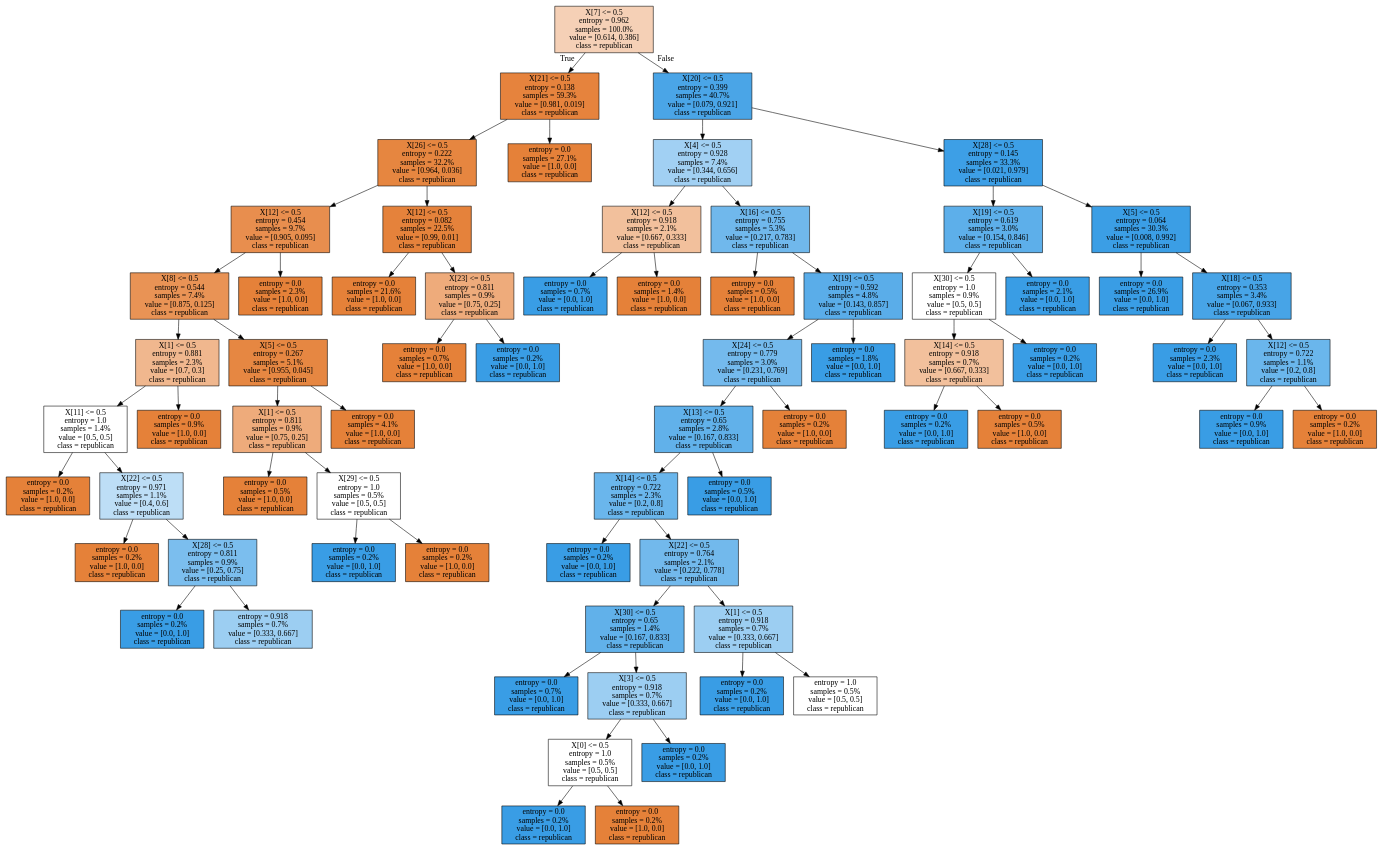
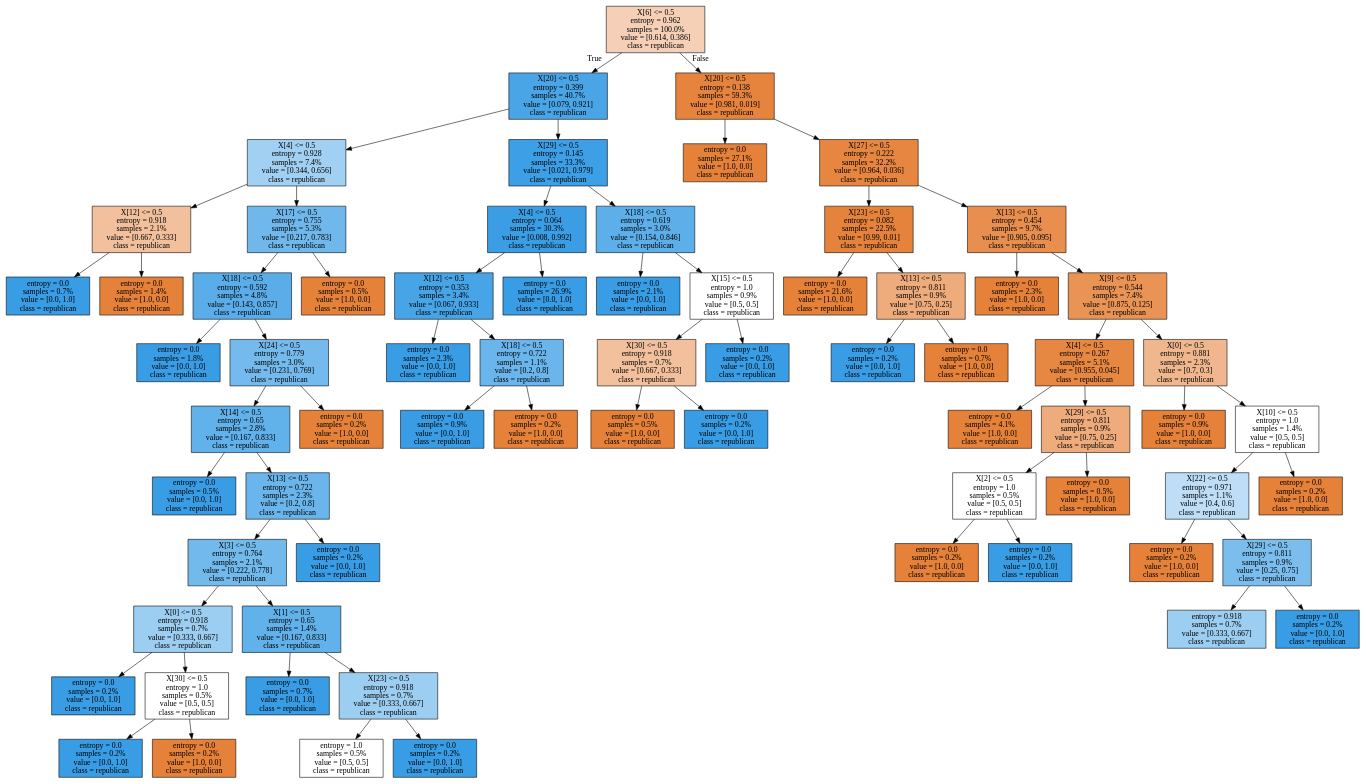
Before and after one commit to tranduckhoatcu/Data-Mining-Assignment: the diagram in Source.gv, drawn with Graphviz. The commit also changed 3 other files, not shown here.

```diff
--- a/Source.gv
+++ b/Source.gv
@@ -1,140 +1,140 @@
 digraph Tree {
 node [shape=box, style="filled", color="black"] ;
-0 [label="X[7] <= 0.5\nentropy = 0.962\nsamples = 100.0%\nvalue = [0.614, 0.386]\nclass = republican", fillcolor="#f5d0b6"] ;
-1 [label="X[21] <= 0.5\nentropy = 0.138\nsamples = 59.3%\nvalue = [0.981, 0.019]\nclass = republican", fillcolor="#e6833d"] ;
+0 [label="X[6] <= 0.5\nentropy = 0.962\nsamples = 100.0%\nvalue = [0.614, 0.386]\nclass = republican", fillcolor="#f5d0b6"] ;
+1 [label="X[20] <= 0.5\nentropy = 0.399\nsamples = 40.7%\nvalue = [0.079, 0.921]\nclass = republican", fillcolor="#4aa5e7"] ;
 0 -> 1 [labeldistance=2.5, labelangle=45, headlabel="True"] ;
-2 [label="X[26] <= 0.5\nentropy = 0.222\nsamples = 32.2%\nvalue = [0.964, 0.036]\nclass = republican", fillcolor="#e68640"] ;
+2 [label="X[4] <= 0.5\nentropy = 0.928\nsamples = 7.4%\nvalue = [0.344, 0.656]\nclass = republican", fillcolor="#a1d0f3"] ;
 1 -> 2 ;
-3 [label="X[12] <= 0.5\nentropy = 0.454\nsamples = 9.7%\nvalue = [0.905, 0.095]\nclass = republican", fillcolor="#e88e4e"] ;
+3 [label="X[12] <= 0.5\nentropy = 0.918\nsamples = 2.1%\nvalue = [0.667, 0.333]\nclass = republican", fillcolor="#f2c09c"] ;
 2 -> 3 ;
-4 [label="X[8] <= 0.5\nentropy = 0.544\nsamples = 7.4%\nvalue = [0.875, 0.125]\nclass = republican", fillcolor="#e99355"] ;
+4 [label="entropy = 0.0\nsamples = 0.7%\nvalue = [0.0, 1.0]\nclass = republican", fillcolor="#399de5"] ;
 3 -> 4 ;
-5 [label="X[1] <= 0.5\nentropy = 0.881\nsamples = 2.3%\nvalue = [0.7, 0.3]\nclass = republican", fillcolor="#f0b78e"] ;
-4 -> 5 ;
-6 [label="X[11] <= 0.5\nentropy = 1.0\nsamples = 1.4%\nvalue = [0.5, 0.5]\nclass = republican", fillcolor="#ffffff"] ;
-5 -> 6 ;
-7 [label="entropy = 0.0\nsamples = 0.2%\nvalue = [1.0, 0.0]\nclass = republican", fillcolor="#e58139"] ;
+5 [label="entropy = 0.0\nsamples = 1.4%\nvalue = [1.0, 0.0]\nclass = republican", fillcolor="#e58139"] ;
+3 -> 5 ;
+6 [label="X[17] <= 0.5\nentropy = 0.755\nsamples = 5.3%\nvalue = [0.217, 0.783]\nclass = republican", fillcolor="#70b8ec"] ;
+2 -> 6 ;
+7 [label="X[18] <= 0.5\nentropy = 0.592\nsamples = 4.8%\nvalue = [0.143, 0.857]\nclass = republican", fillcolor="#5aade9"] ;
 6 -> 7 ;
-8 [label="X[22] <= 0.5\nentropy = 0.971\nsamples = 1.1%\nvalue = [0.4, 0.6]\nclass = republican", fillcolor="#bddef6"] ;
-6 -> 8 ;
-9 [label="entropy = 0.0\nsamples = 0.2%\nvalue = [1.0, 0.0]\nclass = republican", fillcolor="#e58139"] ;
-8 -> 9 ;
-10 [label="X[28] <= 0.5\nentropy = 0.811\nsamples = 0.9%\nvalue = [0.25, 0.75]\nclass = republican", fillcolor="#7bbeee"] ;
-8 -> 10 ;
-11 [label="entropy = 0.0\nsamples = 0.2%\nvalue = [0.0, 1.0]\nclass = republican", fillcolor="#399de5"] ;
+8 [label="entropy = 0.0\nsamples = 1.8%\nvalue = [0.0, 1.0]\nclass = republican", fillcolor="#399de5"] ;
+7 -> 8 ;
+9 [label="X[24] <= 0.5\nentropy = 0.779\nsamples = 3.0%\nvalue = [0.231, 0.769]\nclass = republican", fillcolor="#74baed"] ;
+7 -> 9 ;
+10 [label="X[14] <= 0.5\nentropy = 0.65\nsamples = 2.8%\nvalue = [0.167, 0.833]\nclass = republican", fillcolor="#61b1ea"] ;
+9 -> 10 ;
+11 [label="entropy = 0.0\nsamples = 0.5%\nvalue = [0.0, 1.0]\nclass = republican", fillcolor="#399de5"] ;
 10 -> 11 ;
-12 [label="entropy = 0.918\nsamples = 0.7%\nvalue = [0.333, 0.667]\nclass = republican", fillcolor="#9ccef2"] ;
+12 [label="X[13] <= 0.5\nentropy = 0.722\nsamples = 2.3%\nvalue = [0.2, 0.8]\nclass = republican", fillcolor="#6ab6ec"] ;
 10 -> 12 ;
-13 [label="entropy = 0.0\nsamples = 0.9%\nvalue = [1.0, 0.0]\nclass = republican", fillcolor="#e58139"] ;
-5 -> 13 ;
-14 [label="X[5] <= 0.5\nentropy = 0.267\nsamples = 5.1%\nvalue = [0.955, 0.045]\nclass = republican", fillcolor="#e68742"] ;
-4 -> 14 ;
-15 [label="X[1] <= 0.5\nentropy = 0.811\nsamples = 0.9%\nvalue = [0.75, 0.25]\nclass = republican", fillcolor="#eeab7b"] ;
+13 [label="X[3] <= 0.5\nentropy = 0.764\nsamples = 2.1%\nvalue = [0.222, 0.778]\nclass = republican", fillcolor="#72b9ec"] ;
+12 -> 13 ;
+14 [label="X[0] <= 0.5\nentropy = 0.918\nsamples = 0.7%\nvalue = [0.333, 0.667]\nclass = republican", fillcolor="#9ccef2"] ;
+13 -> 14 ;
+15 [label="entropy = 0.0\nsamples = 0.2%\nvalue = [0.0, 1.0]\nclass = republican", fillcolor="#399de5"] ;
 14 -> 15 ;
-16 [label="entropy = 0.0\nsamples = 0.5%\nvalue = [1.0, 0.0]\nclass = republican", fillcolor="#e58139"] ;
-15 -> 16 ;
-17 [label="X[29] <= 0.5\nentropy = 1.0\nsamples = 0.5%\nvalue = [0.5, 0.5]\nclass = republican", fillcolor="#ffffff"] ;
-15 -> 17 ;
-18 [label="entropy = 0.0\nsamples = 0.2%\nvalue = [0.0, 1.0]\nclass = republican", fillcolor="#399de5"] ;
-17 -> 18 ;
-19 [label="entropy = 0.0\nsamples = 0.2%\nvalue = [1.0, 0.0]\nclass = republican", fillcolor="#e58139"] ;
-17 -> 19 ;
-20 [label="entropy = 0.0\nsamples = 4.1%\nvalue = [1.0, 0.0]\nclass = republican", fillcolor="#e58139"] ;
-14 -> 20 ;
-21 [label="entropy = 0.0\nsamples = 2.3%\nvalue = [1.0, 0.0]\nclass = republican", fillcolor="#e58139"] ;
-3 -> 21 ;
-22 [label="X[12] <= 0.5\nentropy = 0.082\nsamples = 22.5%\nvalue = [0.99, 0.01]\nclass = republican", fillcolor="#e5823b"] ;
-2 -> 22 ;
-23 [label="entropy = 0.0\nsamples = 21.6%\nvalue = [1.0, 0.0]\nclass = republican", fillcolor="#e58139"] ;
-22 -> 23 ;
-24 [label="X[23] <= 0.5\nentropy = 0.811\nsamples = 0.9%\nvalue = [0.75, 0.25]\nclass = republican", fillcolor="#eeab7b"] ;
-22 -> 24 ;
-25 [label="entropy = 0.0\nsamples = 0.7%\nvalue = [1.0, 0.0]\nclass = republican", fillcolor="#e58139"] ;
-24 -> 25 ;
-26 [label="entropy = 0.0\nsamples = 0.2%\nvalue = [0.0, 1.0]\nclass = republican", fillcolor="#399de5"] ;
-24 -> 26 ;
-27 [label="entropy = 0.0\nsamples = 27.1%\nvalue = [1.0, 0.0]\nclass = republican", fillcolor="#e58139"] ;
+16 [label="X[30] <= 0.5\nentropy = 1.0\nsamples = 0.5%\nvalue = [0.5, 0.5]\nclass = republican", fillcolor="#ffffff"] ;
+14 -> 16 ;
+17 [label="entropy = 0.0\nsamples = 0.2%\nvalue = [0.0, 1.0]\nclass = republican", fillcolor="#399de5"] ;
+16 -> 17 ;
+18 [label="entropy = 0.0\nsamples = 0.2%\nvalue = [1.0, 0.0]\nclass = republican", fillcolor="#e58139"] ;
+16 -> 18 ;
+19 [label="X[1] <= 0.5\nentropy = 0.65\nsamples = 1.4%\nvalue = [0.167, 0.833]\nclass = republican", fillcolor="#61b1ea"] ;
+13 -> 19 ;
+20 [label="entropy = 0.0\nsamples = 0.7%\nvalue = [0.0, 1.0]\nclass = republican", fillcolor="#399de5"] ;
+19 -> 20 ;
+21 [label="X[23] <= 0.5\nentropy = 0.918\nsamples = 0.7%\nvalue = [0.333, 0.667]\nclass = republican", fillcolor="#9ccef2"] ;
+19 -> 21 ;
+22 [label="entropy = 1.0\nsamples = 0.5%\nvalue = [0.5, 0.5]\nclass = republican", fillcolor="#ffffff"] ;
+21 -> 22 ;
+23 [label="entropy = 0.0\nsamples = 0.2%\nvalue = [0.0, 1.0]\nclass = republican", fillcolor="#399de5"] ;
+21 -> 23 ;
+24 [label="entropy = 0.0\nsamples = 0.2%\nvalue = [0.0, 1.0]\nclass = republican", fillcolor="#399de5"] ;
+12 -> 24 ;
+25 [label="entropy = 0.0\nsamples = 0.2%\nvalue = [1.0, 0.0]\nclass = republican", fillcolor="#e58139"] ;
+9 -> 25 ;
+26 [label="entropy = 0.0\nsamples = 0.5%\nvalue = [1.0, 0.0]\nclass = republican", fillcolor="#e58139"] ;
+6 -> 26 ;
+27 [label="X[29] <= 0.5\nentropy = 0.145\nsamples = 33.3%\nvalue = [0.021, 0.979]\nclass = republican", fillcolor="#3d9fe6"] ;
 1 -> 27 ;
-28 [label="X[20] <= 0.5\nentropy = 0.399\nsamples = 40.7%\nvalue = [0.079, 0.921]\nclass = republican", fillcolor="#4aa5e7"] ;
-0 -> 28 [labeldistance=2.5, labelangle=-45, headlabel="False"] ;
-29 [label="X[4] <= 0.5\nentropy = 0.928\nsamples = 7.4%\nvalue = [0.344, 0.656]\nclass = republican", fillcolor="#a1d0f3"] ;
+28 [label="X[4] <= 0.5\nentropy = 0.064\nsamples = 30.3%\nvalue = [0.008, 0.992]\nclass = republican", fillcolor="#3b9ee5"] ;
+27 -> 28 ;
+29 [label="X[12] <= 0.5\nentropy = 0.353\nsamples = 3.4%\nvalue = [0.067, 0.933]\nclass = republican", fillcolor="#47a4e7"] ;
 28 -> 29 ;
-30 [label="X[12] <= 0.5\nentropy = 0.918\nsamples = 2.1%\nvalue = [0.667, 0.333]\nclass = republican", fillcolor="#f2c09c"] ;
+30 [label="entropy = 0.0\nsamples = 2.3%\nvalue = [0.0, 1.0]\nclass = republican", fillcolor="#399de5"] ;
 29 -> 30 ;
-31 [label="entropy = 0.0\nsamples = 0.7%\nvalue = [0.0, 1.0]\nclass = republican", fillcolor="#399de5"] ;
-30 -> 31 ;
-32 [label="entropy = 0.0\nsamples = 1.4%\nvalue = [1.0, 0.0]\nclass = republican", fillcolor="#e58139"] ;
-30 -> 32 ;
-33 [label="X[16] <= 0.5\nentropy = 0.755\nsamples = 5.3%\nvalue = [0.217, 0.783]\nclass = republican", fillcolor="#70b8ec"] ;
-29 -> 33 ;
-34 [label="entropy = 0.0\nsamples = 0.5%\nvalue = [1.0, 0.0]\nclass = republican", fillcolor="#e58139"] ;
-33 -> 34 ;
-35 [label="X[19] <= 0.5\nentropy = 0.592\nsamples = 4.8%\nvalue = [0.143, 0.857]\nclass = republican", fillcolor="#5aade9"] ;
-33 -> 35 ;
-36 [label="X[24] <= 0.5\nentropy = 0.779\nsamples = 3.0%\nvalue = [0.231, 0.769]\nclass = republican", fillcolor="#74baed"] ;
+31 [label="X[18] <= 0.5\nentropy = 0.722\nsamples = 1.1%\nvalue = [0.2, 0.8]\nclass = republican", fillcolor="#6ab6ec"] ;
+29 -> 31 ;
+32 [label="entropy = 0.0\nsamples = 0.9%\nvalue = [0.0, 1.0]\nclass = republican", fillcolor="#399de5"] ;
+31 -> 32 ;
+33 [label="entropy = 0.0\nsamples = 0.2%\nvalue = [1.0, 0.0]\nclass = republican", fillcolor="#e58139"] ;
+31 -> 33 ;
+34 [label="entropy = 0.0\nsamples = 26.9%\nvalue = [0.0, 1.0]\nclass = republican", fillcolor="#399de5"] ;
+28 -> 34 ;
+35 [label="X[18] <= 0.5\nentropy = 0.619\nsamples = 3.0%\nvalue = [0.154, 0.846]\nclass = republican", fillcolor="#5dafea"] ;
+27 -> 35 ;
+36 [label="entropy = 0.0\nsamples = 2.1%\nvalue = [0.0, 1.0]\nclass = republican", fillcolor="#399de5"] ;
 35 -> 36 ;
-37 [label="X[13] <= 0.5\nentropy = 0.65\nsamples = 2.8%\nvalue = [0.167, 0.833]\nclass = republican", fillcolor="#61b1ea"] ;
-36 -> 37 ;
-38 [label="X[14] <= 0.5\nentropy = 0.722\nsamples = 2.3%\nvalue = [0.2, 0.8]\nclass = republican", fillcolor="#6ab6ec"] ;
+37 [label="X[15] <= 0.5\nentropy = 1.0\nsamples = 0.9%\nvalue = [0.5, 0.5]\nclass = republican", fillcolor="#ffffff"] ;
+35 -> 37 ;
+38 [label="X[30] <= 0.5\nentropy = 0.918\nsamples = 0.7%\nvalue = [0.667, 0.333]\nclass = republican", fillcolor="#f2c09c"] ;
 37 -> 38 ;
-39 [label="entropy = 0.0\nsamples = 0.2%\nvalue = [0.0, 1.0]\nclass = republican", fillcolor="#399de5"] ;
+39 [label="entropy = 0.0\nsamples = 0.5%\nvalue = [1.0, 0.0]\nclass = republican", fillcolor="#e58139"] ;
 38 -> 39 ;
-40 [label="X[22] <= 0.5\nentropy = 0.764\nsamples = 2.1%\nvalue = [0.222, 0.778]\nclass = republican", fillcolor="#72b9ec"] ;
+40 [label="entropy = 0.0\nsamples = 0.2%\nvalue = [0.0, 1.0]\nclass = republican", fillcolor="#399de5"] ;
 38 -> 40 ;
-41 [label="X[30] <= 0.5\nentropy = 0.65\nsamples = 1.4%\nvalue = [0.167, 0.833]\nclass = republican", fillcolor="#61b1ea"] ;
-40 -> 41 ;
-42 [label="entropy = 0.0\nsamples = 0.7%\nvalue = [0.0, 1.0]\nclass = republican", fillcolor="#399de5"] ;
-41 -> 42 ;
-43 [label="X[3] <= 0.5\nentropy = 0.918\nsamples = 0.7%\nvalue = [0.333, 0.667]\nclass = republican", fillcolor="#9ccef2"] ;
-41 -> 43 ;
-44 [label="X[0] <= 0.5\nentropy = 1.0\nsamples = 0.5%\nvalue = [0.5, 0.5]\nclass = republican", fillcolor="#ffffff"] ;
-43 -> 44 ;
-45 [label="entropy = 0.0\nsamples = 0.2%\nvalue = [0.0, 1.0]\nclass = republican", fillcolor="#399de5"] ;
+41 [label="entropy = 0.0\nsamples = 0.2%\nvalue = [0.0, 1.0]\nclass = republican", fillcolor="#399de5"] ;
+37 -> 41 ;
+42 [label="X[20] <= 0.5\nentropy = 0.138\nsamples = 59.3%\nvalue = [0.981, 0.019]\nclass = republican", fillcolor="#e6833d"] ;
+0 -> 42 [labeldistance=2.5, labelangle=-45, headlabel="False"] ;
+43 [label="entropy = 0.0\nsamples = 27.1%\nvalue = [1.0, 0.0]\nclass = republican", fillcolor="#e58139"] ;
+42 -> 43 ;
+44 [label="X[27] <= 0.5\nentropy = 0.222\nsamples = 32.2%\nvalue = [0.964, 0.036]\nclass = republican", fillcolor="#e68640"] ;
+42 -> 44 ;
+45 [label="X[23] <= 0.5\nentropy = 0.082\nsamples = 22.5%\nvalue = [0.99, 0.01]\nclass = republican", fillcolor="#e5823b"] ;
 44 -> 45 ;
-46 [label="entropy = 0.0\nsamples = 0.2%\nvalue = [1.0, 0.0]\nclass = republican", fillcolor="#e58139"] ;
-44 -> 46 ;
-47 [label="entropy = 0.0\nsamples = 0.2%\nvalue = [0.0, 1.0]\nclass = republican", fillcolor="#399de5"] ;
-43 -> 47 ;
-48 [label="X[1] <= 0.5\nentropy = 0.918\nsamples = 0.7%\nvalue = [0.333, 0.667]\nclass = republican", fillcolor="#9ccef2"] ;
-40 -> 48 ;
-49 [label="entropy = 0.0\nsamples = 0.2%\nvalue = [0.0, 1.0]\nclass = republican", fillcolor="#399de5"] ;
-48 -> 49 ;
-50 [label="entropy = 1.0\nsamples = 0.5%\nvalue = [0.5, 0.5]\nclass = republican", fillcolor="#ffffff"] ;
-48 -> 50 ;
-51 [label="entropy = 0.0\nsamples = 0.5%\nvalue = [0.0, 1.0]\nclass = republican", fillcolor="#399de5"] ;
-37 -> 51 ;
-52 [label="entropy = 0.0\nsamples = 0.2%\nvalue = [1.0, 0.0]\nclass = republican", fillcolor="#e58139"] ;
-36 -> 52 ;
-53 [label="entropy = 0.0\nsamples = 1.8%\nvalue = [0.0, 1.0]\nclass = republican", fillcolor="#399de5"] ;
-35 -> 53 ;
-54 [label="X[28] <= 0.5\nentropy = 0.145\nsamples = 33.3%\nvalue = [0.021, 0.979]\nclass = republican", fillcolor="#3d9fe6"] ;
-28 -> 54 ;
-55 [label="X[19] <= 0.5\nentropy = 0.619\nsamples = 3.0%\nvalue = [0.154, 0.846]\nclass = republican", fillcolor="#5dafea"] ;
-54 -> 55 ;
-56 [label="X[30] <= 0.5\nentropy = 1.0\nsamples = 0.9%\nvalue = [0.5, 0.5]\nclass = republican", fillcolor="#ffffff"] ;
+46 [label="entropy = 0.0\nsamples = 21.6%\nvalue = [1.0, 0.0]\nclass = republican", fillcolor="#e58139"] ;
+45 -> 46 ;
+47 [label="X[13] <= 0.5\nentropy = 0.811\nsamples = 0.9%\nvalue = [0.75, 0.25]\nclass = republican", fillcolor="#eeab7b"] ;
+45 -> 47 ;
+48 [label="entropy = 0.0\nsamples = 0.2%\nvalue = [0.0, 1.0]\nclass = republican", fillcolor="#399de5"] ;
+47 -> 48 ;
+49 [label="entropy = 0.0\nsamples = 0.7%\nvalue = [1.0, 0.0]\nclass = republican", fillcolor="#e58139"] ;
+47 -> 49 ;
+50 [label="X[13] <= 0.5\nentropy = 0.454\nsamples = 9.7%\nvalue = [0.905, 0.095]\nclass = republican", fillcolor="#e88e4e"] ;
+44 -> 50 ;
+51 [label="entropy = 0.0\nsamples = 2.3%\nvalue = [1.0, 0.0]\nclass = republican", fillcolor="#e58139"] ;
+50 -> 51 ;
+52 [label="X[9] <= 0.5\nentropy = 0.544\nsamples = 7.4%\nvalue = [0.875, 0.125]\nclass = republican", fillcolor="#e99355"] ;
+50 -> 52 ;
+53 [label="X[4] <= 0.5\nentropy = 0.267\nsamples = 5.1%\nvalue = [0.955, 0.045]\nclass = republican", fillcolor="#e68742"] ;
+52 -> 53 ;
+54 [label="entropy = 0.0\nsamples = 4.1%\nvalue = [1.0, 0.0]\nclass = republican", fillcolor="#e58139"] ;
+53 -> 54 ;
+55 [label="X[29] <= 0.5\nentropy = 0.811\nsamples = 0.9%\nvalue = [0.75, 0.25]\nclass = republican", fillcolor="#eeab7b"] ;
+53 -> 55 ;
+56 [label="X[2] <= 0.5\nentropy = 1.0\nsamples = 0.5%\nvalue = [0.5, 0.5]\nclass = republican", fillcolor="#ffffff"] ;
 55 -> 56 ;
-57 [label="X[14] <= 0.5\nentropy = 0.918\nsamples = 0.7%\nvalue = [0.667, 0.333]\nclass = republican", fillcolor="#f2c09c"] ;
+57 [label="entropy = 0.0\nsamples = 0.2%\nvalue = [1.0, 0.0]\nclass = republican", fillcolor="#e58139"] ;
 56 -> 57 ;
 58 [label="entropy = 0.0\nsamples = 0.2%\nvalue = [0.0, 1.0]\nclass = republican", fillcolor="#399de5"] ;
-57 -> 58 ;
+56 -> 58 ;
 59 [label="entropy = 0.0\nsamples = 0.5%\nvalue = [1.0, 0.0]\nclass = republican", fillcolor="#e58139"] ;
-57 -> 59 ;
-60 [label="entropy = 0.0\nsamples = 0.2%\nvalue = [0.0, 1.0]\nclass = republican", fillcolor="#399de5"] ;
-56 -> 60 ;
-61 [label="entropy = 0.0\nsamples = 2.1%\nvalue = [0.0, 1.0]\nclass = republican", fillcolor="#399de5"] ;
-55 -> 61 ;
-62 [label="X[5] <= 0.5\nentropy = 0.064\nsamples = 30.3%\nvalue = [0.008, 0.992]\nclass = republican", fillcolor="#3b9ee5"] ;
-54 -> 62 ;
-63 [label="entropy = 0.0\nsamples = 26.9%\nvalue = [0.0, 1.0]\nclass = republican", fillcolor="#399de5"] ;
+55 -> 59 ;
+60 [label="X[0] <= 0.5\nentropy = 0.881\nsamples = 2.3%\nvalue = [0.7, 0.3]\nclass = republican", fillcolor="#f0b78e"] ;
+52 -> 60 ;
+61 [label="entropy = 0.0\nsamples = 0.9%\nvalue = [1.0, 0.0]\nclass = republican", fillcolor="#e58139"] ;
+60 -> 61 ;
+62 [label="X[10] <= 0.5\nentropy = 1.0\nsamples = 1.4%\nvalue = [0.5, 0.5]\nclass = republican", fillcolor="#ffffff"] ;
+60 -> 62 ;
+63 [label="X[22] <= 0.5\nentropy = 0.971\nsamples = 1.1%\nvalue = [0.4, 0.6]\nclass = republican", fillcolor="#bddef6"] ;
 62 -> 63 ;
-64 [label="X[18] <= 0.5\nentropy = 0.353\nsamples = 3.4%\nvalue = [0.067, 0.933]\nclass = republican", fillcolor="#47a4e7"] ;
-62 -> 64 ;
-65 [label="entropy = 0.0\nsamples = 2.3%\nvalue = [0.0, 1.0]\nclass = republican", fillcolor="#399de5"] ;
-64 -> 65 ;
-66 [label="X[12] <= 0.5\nentropy = 0.722\nsamples = 1.1%\nvalue = [0.2, 0.8]\nclass = republican", fillcolor="#6ab6ec"] ;
-64 -> 66 ;
-67 [label="entropy = 0.0\nsamples = 0.9%\nvalue = [0.0, 1.0]\nclass = republican", fillcolor="#399de5"] ;
-66 -> 67 ;
+64 [label="entropy = 0.0\nsamples = 0.2%\nvalue = [1.0, 0.0]\nclass = republican", fillcolor="#e58139"] ;
+63 -> 64 ;
+65 [label="X[29] <= 0.5\nentropy = 0.811\nsamples = 0.9%\nvalue = [0.25, 0.75]\nclass = republican", fillcolor="#7bbeee"] ;
+63 -> 65 ;
+66 [label="entropy = 0.918\nsamples = 0.7%\nvalue = [0.333, 0.667]\nclass = republican", fillcolor="#9ccef2"] ;
+65 -> 66 ;
+67 [label="entropy = 0.0\nsamples = 0.2%\nvalue = [0.0, 1.0]\nclass = republican", fillcolor="#399de5"] ;
+65 -> 67 ;
 68 [label="entropy = 0.0\nsamples = 0.2%\nvalue = [1.0, 0.0]\nclass = republican", fillcolor="#e58139"] ;
-66 -> 68 ;
+62 -> 68 ;
 }
```
